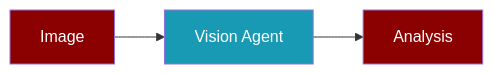
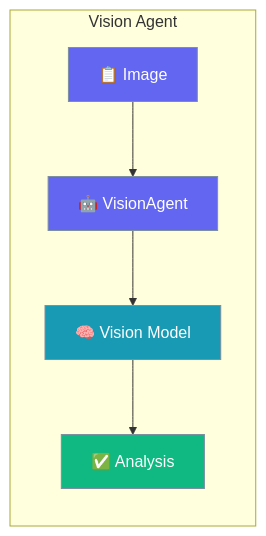
The first of 2 diagrams in docs/agents/vision.mdx (MervinPraison/PraisonAIDocs), drawn with Mermaid before and after one commit. The commit also changed other lines of this file and 2 other files, not shown here.

Commit message:
docs: AGENTS.md compliance for vision, prompt-expander, query-rewriter agents (#1733)

````diff
--- a/docs/agents/vision.mdx
+++ b/docs/agents/vision.mdx
@@ -8,9 +19,16 @@
 ```mermaid
-flowchart LR
-    In[Image] --> Agent[Vision Agent]
-    Agent --> Out[Analysis]
-    
-    style In fill:#8B0000,color:#fff
-    style Agent fill:#189AB4,color:#fff
-    style Out fill:#8B0000,color:#fff
+graph LR
+    subgraph "Vision Agent"
+        User[📋 Image] --> Agent[🤖 VisionAgent]
+        Agent --> Model[🧠 Vision Model]
+        Model --> Result[✅ Analysis]
+    end
+
+    classDef input fill:#6366F1,stroke:#7C90A0,color:#fff
+    classDef process fill:#189AB4,stroke:#7C90A0,color:#fff
+    classDef output fill:#10B981,stroke:#7C90A0,color:#fff
+
+    class User,Agent input
+    class Model process
+    class Result output
 ```
````
